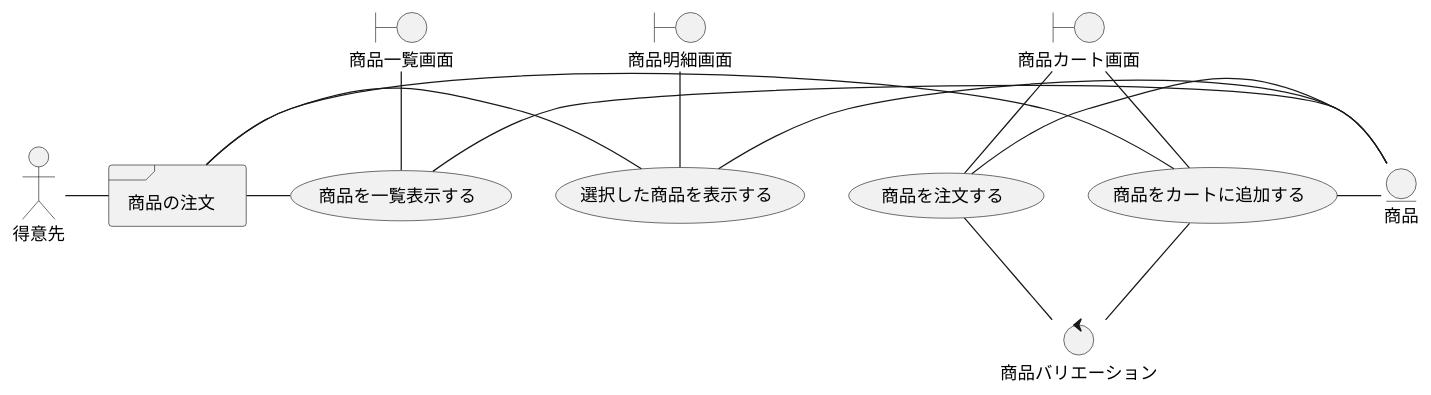
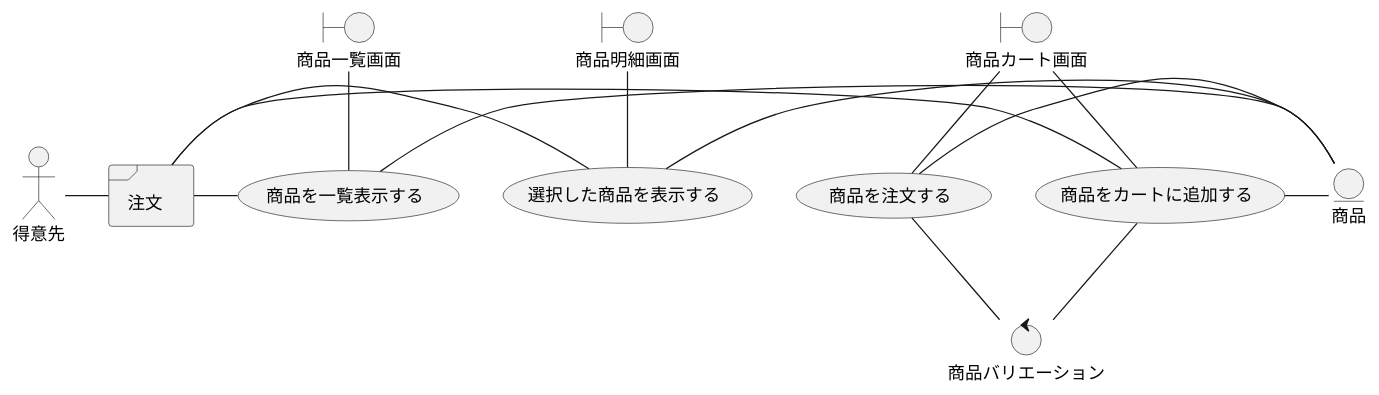
Diagram 22 of 38 in docs/index.adoc (k2works/application_programing_excercise_2022), drawn with PlantUML before and after one commit. The commit also changed other lines of this file, not shown here.

Commit message:
docs: ユースケース複合図

```diff
--- a/docs/index.adoc
+++ b/docs/index.adoc
@@ -724,30 +753,30 @@
 [plantuml]
 ----
 @startuml
 actor "得意先" as ac_01
-frame "商品の注文" as f01
+frame "注文" as f01
 usecase "商品を一覧表示する" as UC1
 usecase "選択した商品を表示する" as UC2
 usecase "商品をカートに追加する" as UC3
 usecase "商品を注文する" as UC4
 boundary "商品一覧画面" as b01
 boundary "商品明細画面" as b02
 boundary "商品カート画面" as b03
 entity "商品" as e01
 control "商品バリエーション" as c01
 
 ac_01 - f01
 f01 - UC1
 f01 - UC2
 f01 - UC3
 b01 -- UC1
 b02 -- UC2
 b03 -- UC3
 b03 -- UC4
 UC1 - e01
 UC2 - e01
 UC3 - e01
 UC4 - e01
 UC3 -- c01
 UC4 -- c01
 ----
```
